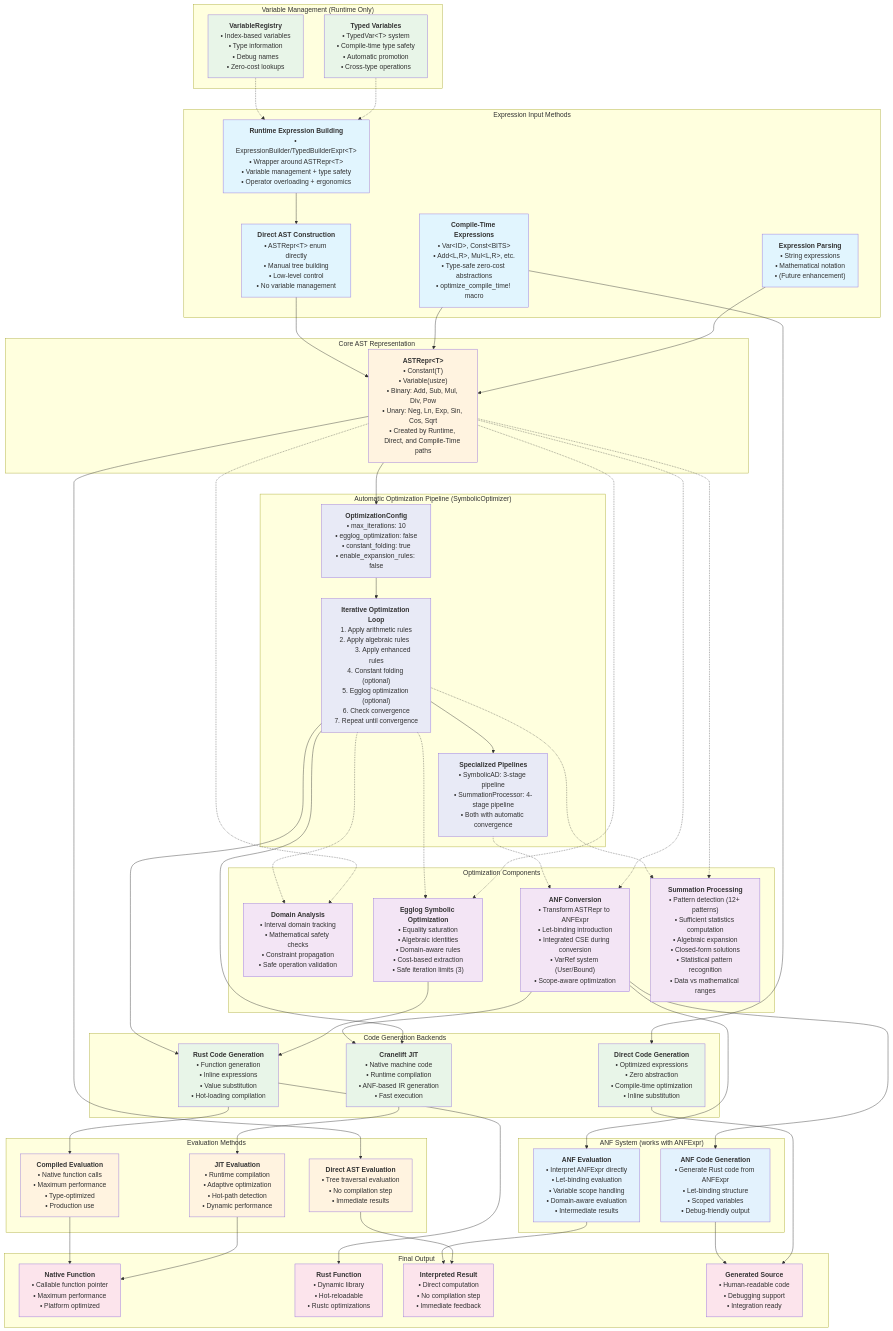
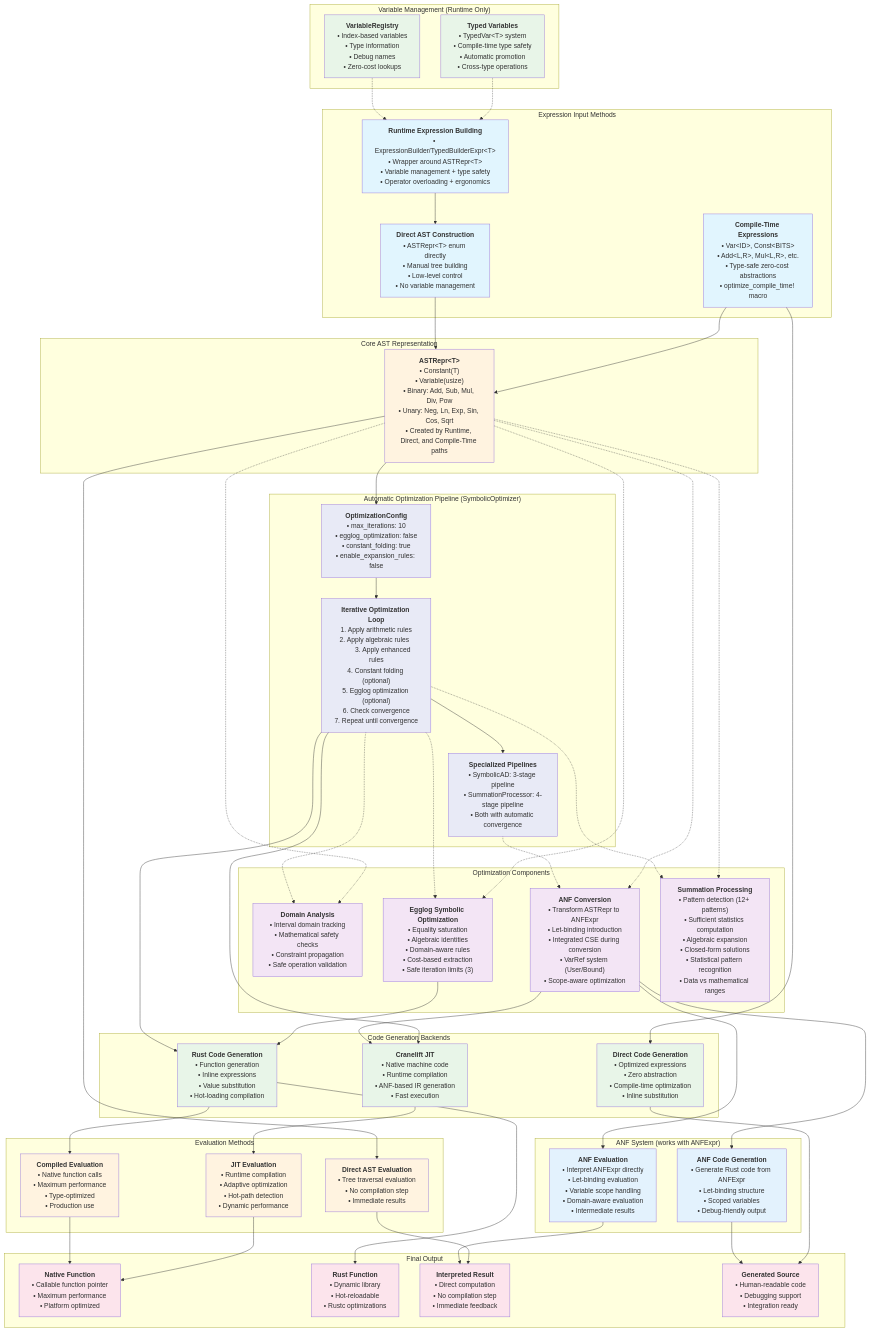
The diagram in DSL_System_Architecture.md (cscherrer/dslcompile), drawn with Mermaid before and after one commit. The commit also changed other lines of this file and 1 other file, not shown here.

```diff
--- a/DSL_System_Architecture.md
+++ b/DSL_System_Architecture.md
@@ -32,11 +32,6 @@
         • Manual tree building
         • Low-level control
         • No variable management`"]
-        
-        Parser["`**Expression Parsing**
-        • String expressions
-        • Mathematical notation
-        • (Future enhancement)`"]
     end
 
     %% Variable Management - Only used by Runtime path
@@ -207,7 +202,6 @@
     Runtime --> Direct
     Direct --> AST
     CompileTime --> AST
-    Parser --> AST
     
     %% AST feeds into automatic optimization pipeline
     AST --> OptConfig
@@ -262,7 +256,7 @@
     classDef evalClass fill:#fff3e0
     classDef outputClass fill:#fce4ec
     
-    class CompileTime,Runtime,Direct,Parser inputClass
+    class CompileTime,Runtime,Direct inputClass
     class VarRegistry,TypedVars varClass
     class AST astClass
     class OptConfig,IterativeOpt,SpecializedPipelines pipelineClass
```
